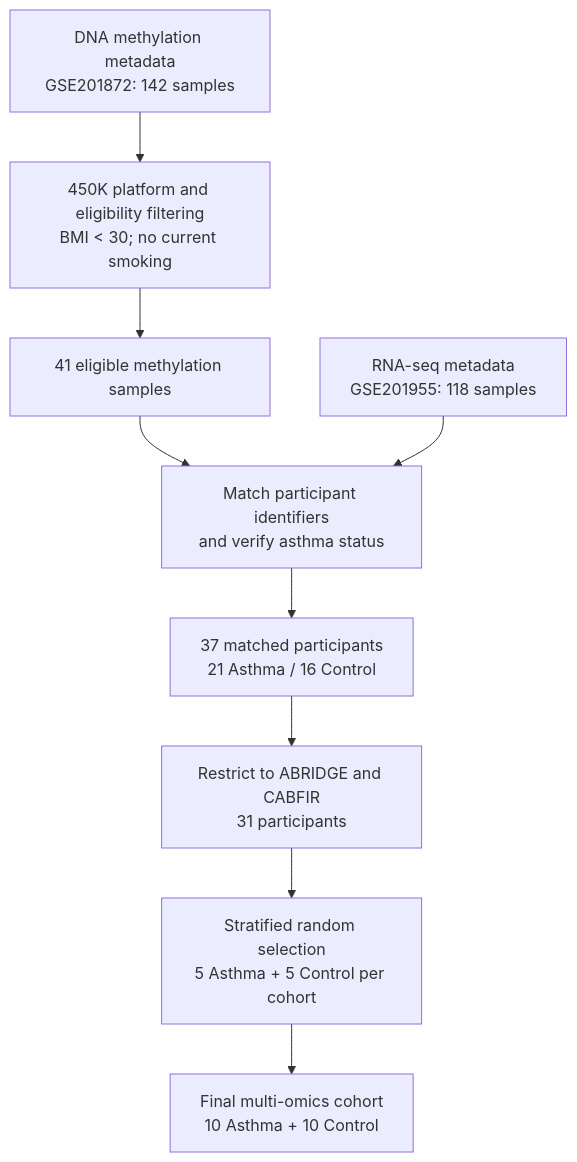
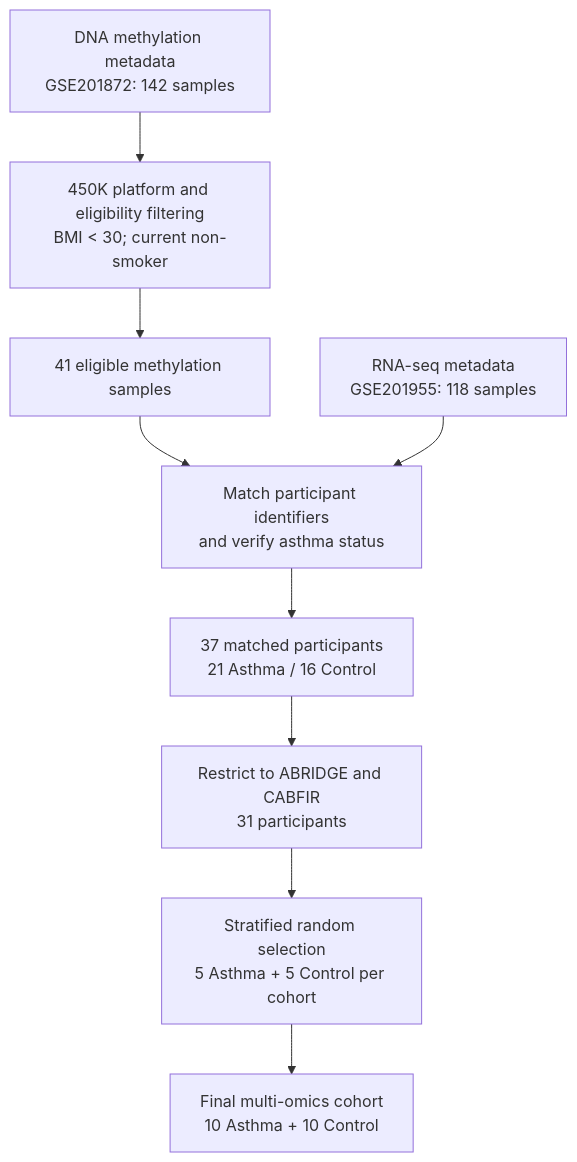
Before and after one commit to viancyrn/asma_multiomics: the third of 3 diagrams in README.md, drawn with Mermaid. The commit also changed other lines of this file, not shown here.

Commit message:
Update README and remove duplicate tables

````diff
--- a/README.md
+++ b/README.md
@@ -232,16 +232,16 @@
 ```mermaid
 flowchart TD
     A["DNA methylation metadata<br/>GSE201872: 142 samples"]
-    B["450K platform and eligibility filtering<br/>BMI &lt; 30; no current smoking"]
+    B["450K platform and eligibility filtering<br/>BMI &lt; 30; current non-smoker"]
     C["41 eligible methylation samples"]
     D["RNA-seq metadata<br/>GSE201955: 118 samples"]
     E["Match participant identifiers<br/>and verify asthma status"]
     F["37 matched participants<br/>21 Asthma / 16 Control"]
     G["Restrict to ABRIDGE and CABFIR<br/>31 participants"]
     H["Stratified random selection<br/>5 Asthma + 5 Control per cohort"]
     I["Final multi-omics cohort<br/>10 Asthma + 10 Control"]
 
     A --> B --> C --> E
     D --> E
     E --> F --> G --> H --> I
 ```
````
